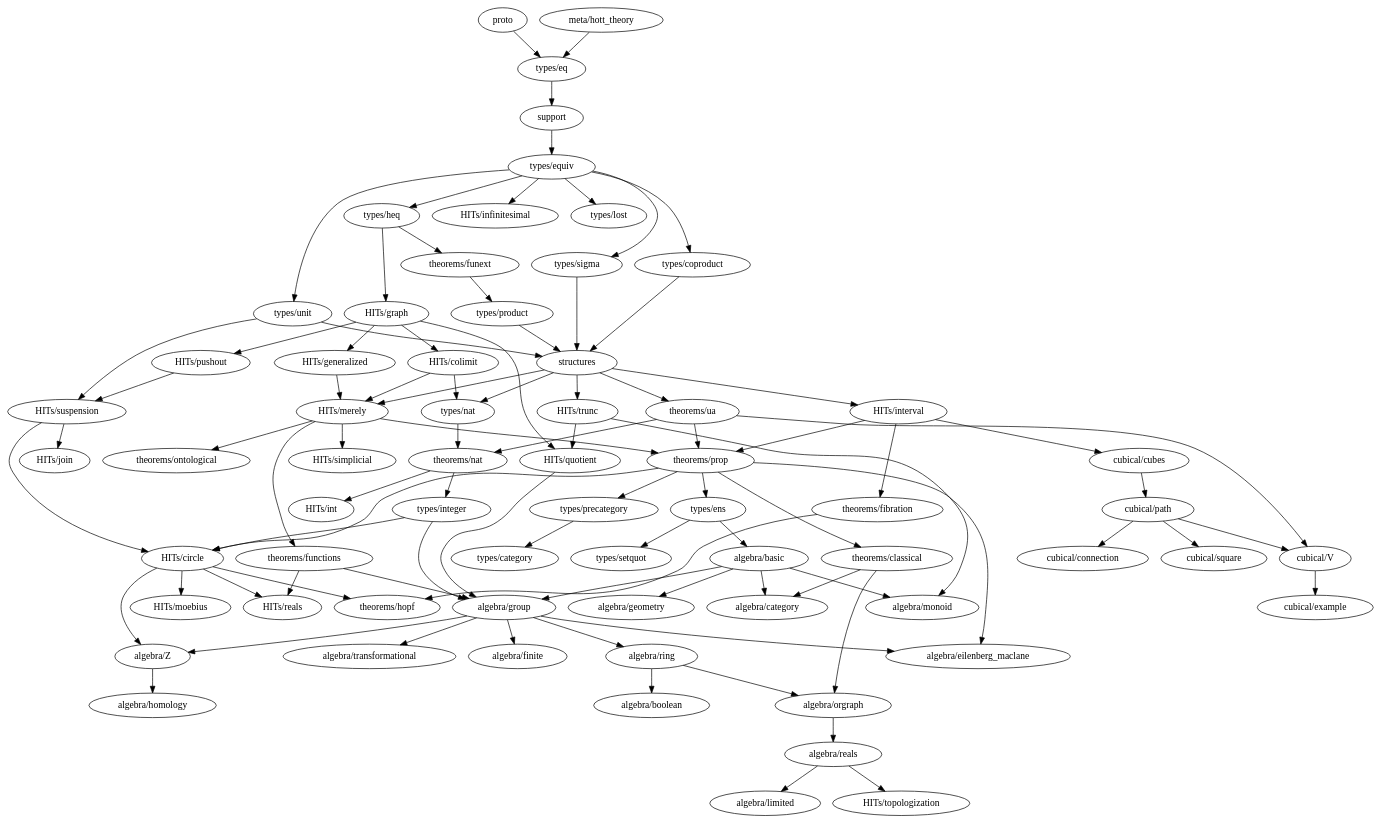
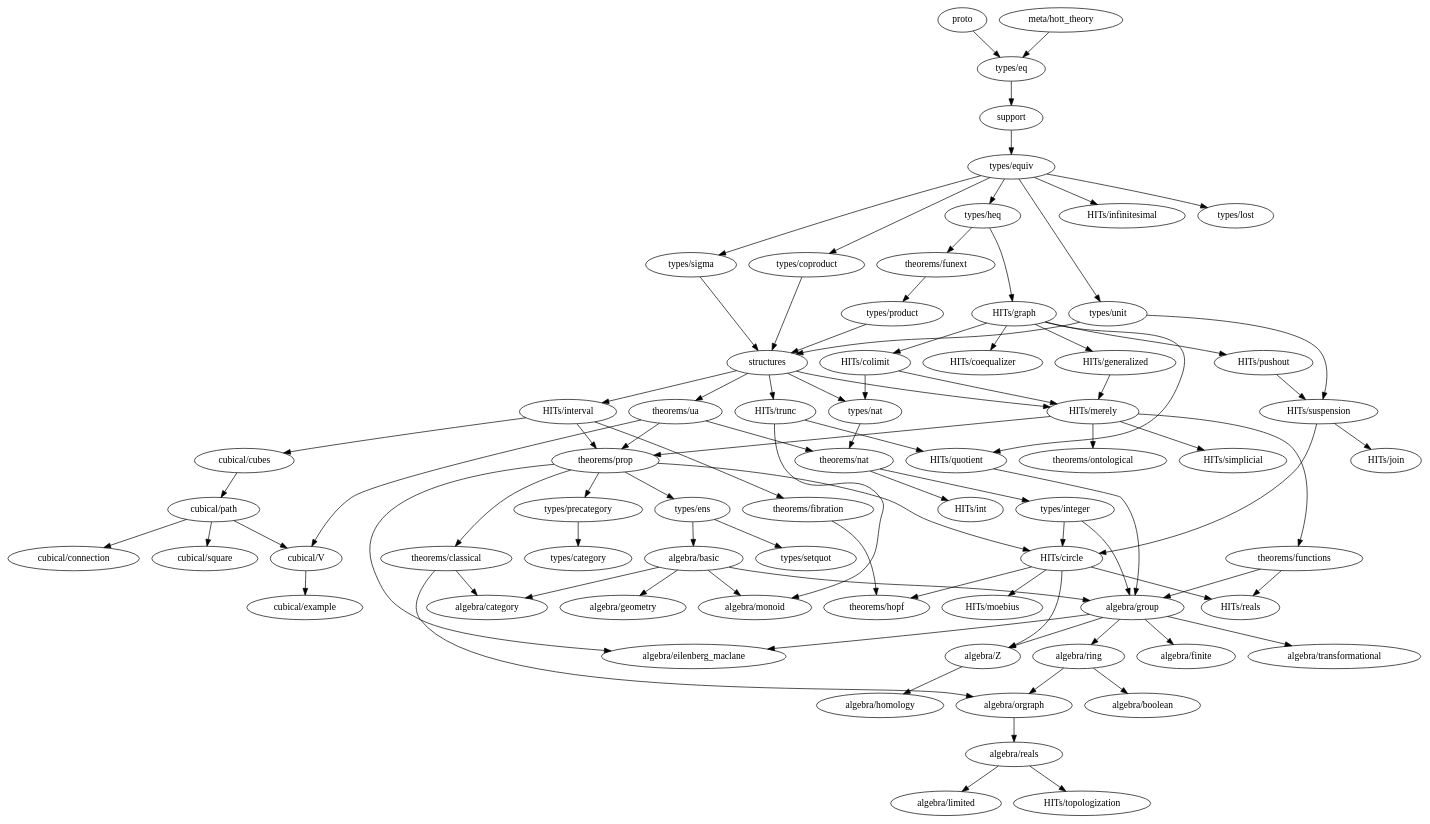
The diagram in dependency-map.gv (forked-from-1kasper/ground_zero), drawn with Graphviz before and after one commit. The commit also changed 2 other files, not shown here.

Commit message:
coequalizer

```diff
--- a/dependency-map.gv
+++ b/dependency-map.gv
@@ -1,140 +1,142 @@
 digraph dependency_map {
   proto -> "types/eq"
   "meta/hott_theory" -> "types/eq"
   support -> "types/equiv"
   structures -> {
     "HITs/interval",
     "HITs/merely",
     "HITs/trunc",
     "types/nat",
     "theorems/ua"
   }
 
   subgraph algebra {
     "algebra/basic" -> { "algebra/category", "algebra/monoid", "algebra/geometry", "algebra/group" }
     "algebra/boolean"
     "algebra/category"
     "algebra/eilenberg_maclane"
     "algebra/finite"
     "algebra/geometry"
     "algebra/group" -> {
       "algebra/eilenberg_maclane",
       "algebra/finite",
       "algebra/ring",
       "algebra/transformational",
       "algebra/Z"
     }
     "algebra/homology"
     "algebra/limited"
     "algebra/monoid"
     "algebra/orgraph" -> { "algebra/reals" }
     "algebra/reals" -> { "algebra/limited", "HITs/topologization" }
     "algebra/ring" -> { "algebra/boolean", "algebra/orgraph" }
     "algebra/transformational"
     "algebra/Z" -> { "algebra/homology" }
   }
 
   subgraph types {
     "types/category"
     "types/coproduct" -> { structures }
     "types/eq" -> { support }
     "types/ens" -> { "algebra/basic", "types/setquot" }
     "types/equiv" -> {
       "types/heq",
       "HITs/infinitesimal",
       "types/coproduct",
       "types/lost",
       "types/unit",
       "types/sigma"
     }
     "types/heq" -> {
       "HITs/graph", "theorems/funext"
     }
     "types/integer" -> {
       "algebra/group",
       "HITs/circle"
     }
     "types/lost"
     "types/nat" -> { "theorems/nat" }
     "types/precategory" -> { "types/category" }
     "types/product" -> { structures }
     "types/setquot"
     "types/sigma" -> { structures }
     "types/unit" -> { structures, "HITs/suspension" }
   }
 
   subgraph HITs {
     "HITs/circle" -> {
       "algebra/Z",
       "theorems/hopf",
       "HITs/moebius",
       "HITs/reals"
     }
+    "HITs/coequalizer"
     "HITs/colimit" -> { "HITs/merely", "types/nat" }
     "HITs/generalized" -> "HITs/merely"
     "HITs/graph" -> {
+      "HITs/coequalizer",
       "HITs/colimit",
       "HITs/generalized",
       "HITs/pushout",
       "HITs/quotient"
     }
     "HITs/infinitesimal"
     "HITs/interval" -> {
       "cubical/cubes",
       "theorems/prop",
       "theorems/fibration"
     }
     "HITs/join"
     "HITs/merely" -> {
       "theorems/ontological",
       "theorems/prop",
       "HITs/simplicial",
       "theorems/functions"
     }
     "HITs/moebius"
     "HITs/pushout" -> {
       "HITs/suspension"
     }
     "HITs/quotient" -> { "algebra/group" }
     "HITs/reals"
     "HITs/simplicial"
     "HITs/suspension" -> { "HITs/circle", "HITs/join" }
     "HITs/topologization"
     "HITs/trunc" -> { "algebra/monoid", "HITs/quotient" }
   }
 
   subgraph cubical {
     "cubical/connection"
     "cubical/cubes" -> "cubical/path"
     "cubical/example"
     "cubical/path" -> {
       "cubical/square",
       "cubical/V",
       "cubical/connection"
     }
     "cubical/square"
     "cubical/V" -> { "cubical/example" }
   }
 
   subgraph theorems {
     "theorems/classical" -> { "algebra/category", "algebra/orgraph" }
     "theorems/fibration" -> { "theorems/hopf" }
     "theorems/functions" -> { "HITs/reals", "algebra/group" }
     "theorems/funext" -> { "types/product" }
     "theorems/hopf"
     "theorems/ontological"
     "theorems/nat" -> { "HITs/int", "types/integer" }
     "theorems/prop" -> {
       "algebra/eilenberg_maclane",
       "HITs/circle",
       "types/ens",
       "types/precategory",
       "theorems/classical"
     }
     "theorems/ua" -> {
       "theorems/nat",
       "theorems/prop",
       "cubical/V"
     }
   }
 }
```
